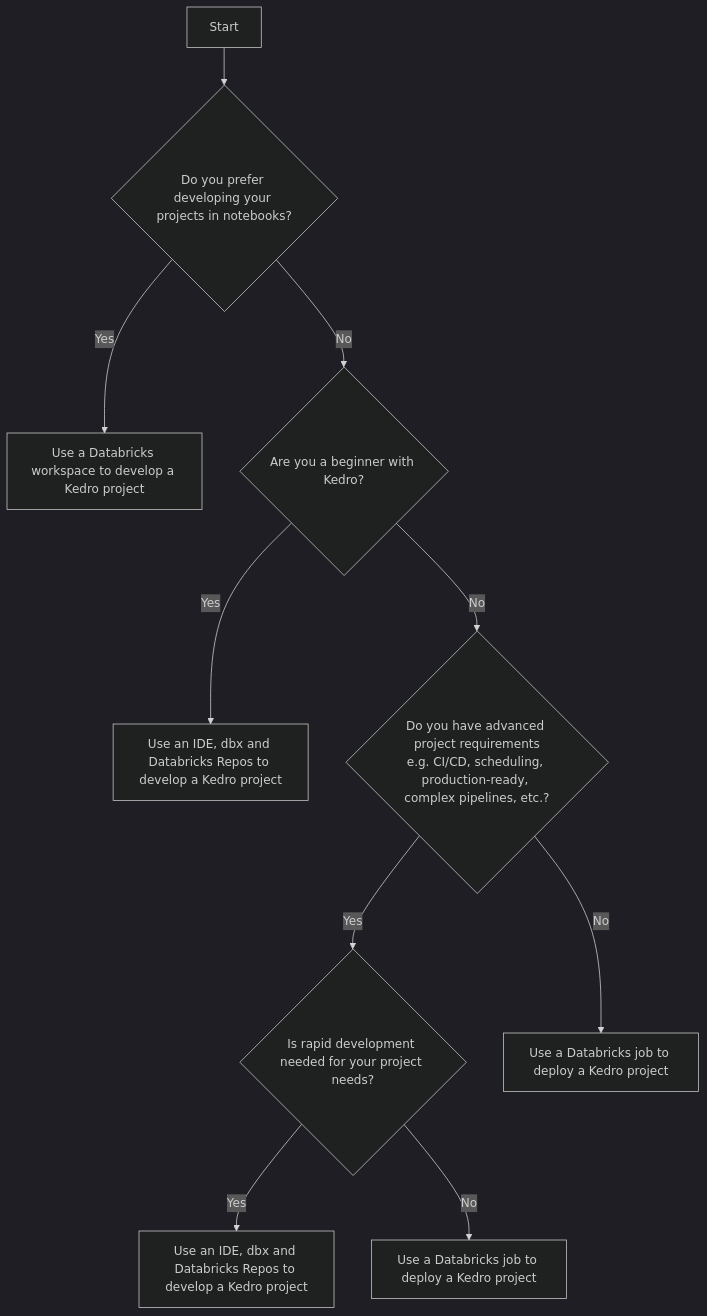
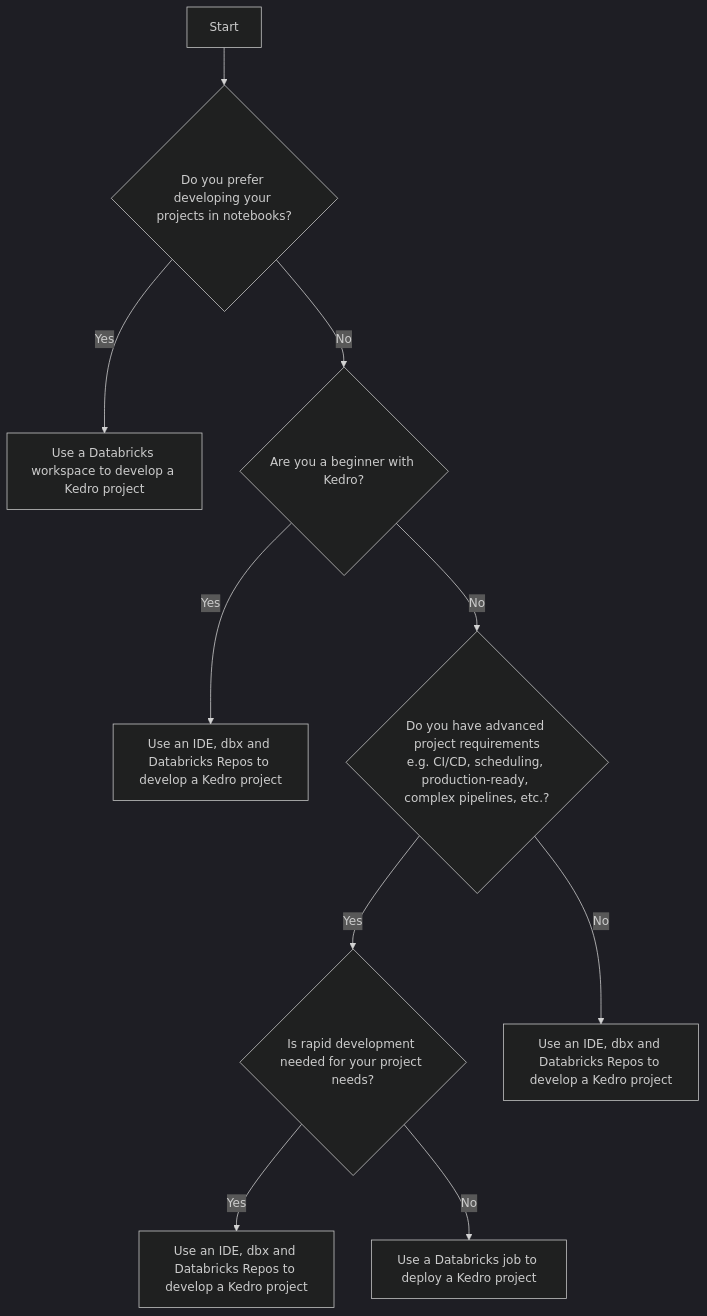
The diagram in docs/source/deployment/databricks/index.md (kedro-org/kedro), drawn with Mermaid (dark theme) before and after one commit.

````diff
--- a/docs/source/deployment/databricks/index.md
+++ b/docs/source/deployment/databricks/index.md
@@ -39,14 +39,14 @@
 ```{mermaid}
 :alt: mermaid-Decision making diagram for deploying Kedro projects to Databricks
 
 flowchart TD
   A[Start] --> B{Do you prefer developing your projects in notebooks?}
   B -->|Yes| C[Use a Databricks workspace to develop a Kedro project]
   B -->|No| D{Are you a beginner with Kedro?}
   D -->|Yes| E[Use an IDE, dbx and Databricks Repos to develop a Kedro project]
   D -->|No| F{Do you have advanced project requirements<br>e.g. CI/CD, scheduling, production-ready, complex pipelines, etc.?}
   F -->|Yes| G{Is rapid development needed for your project needs?}
-  F -->|No| H[Use a Databricks job to deploy a Kedro project]
+  F -->|No| H[Use an IDE, dbx and Databricks Repos to develop a Kedro project]
   G -->|Yes| I[Use an IDE, dbx and Databricks Repos to develop a Kedro project]
   G -->|No| J[Use a Databricks job to deploy a Kedro project]
 ```
````
